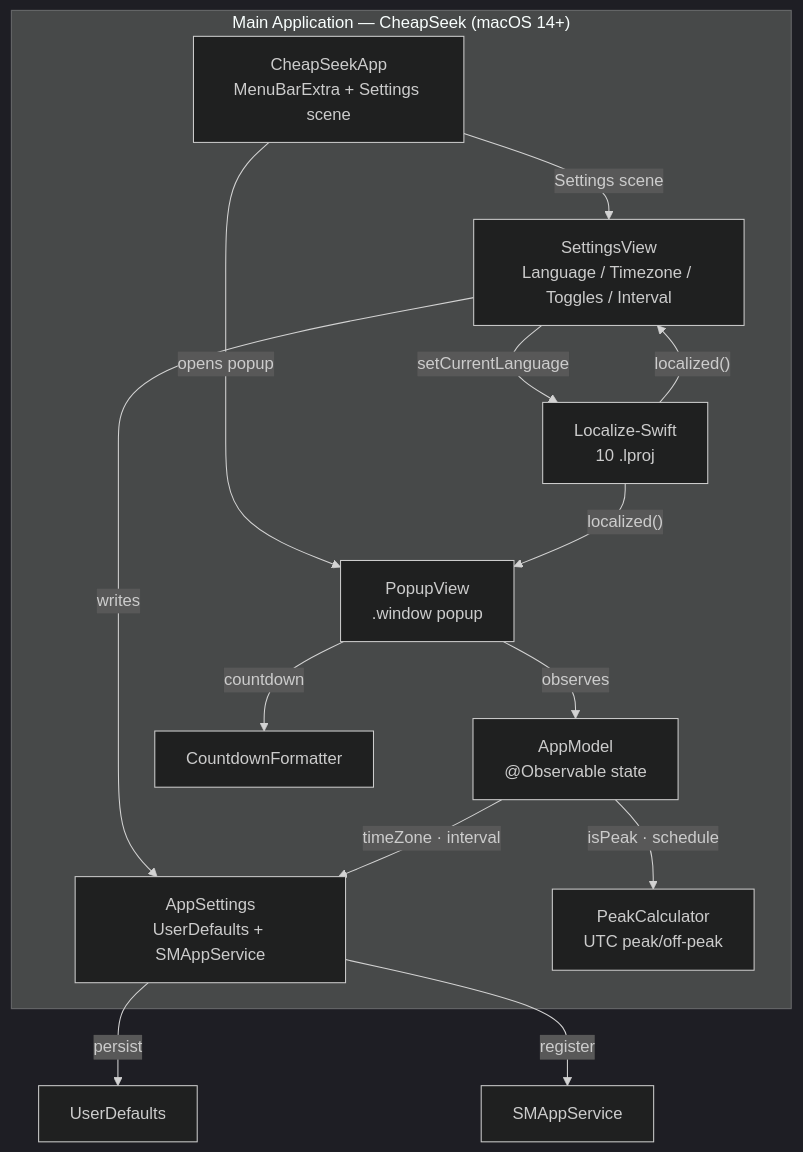
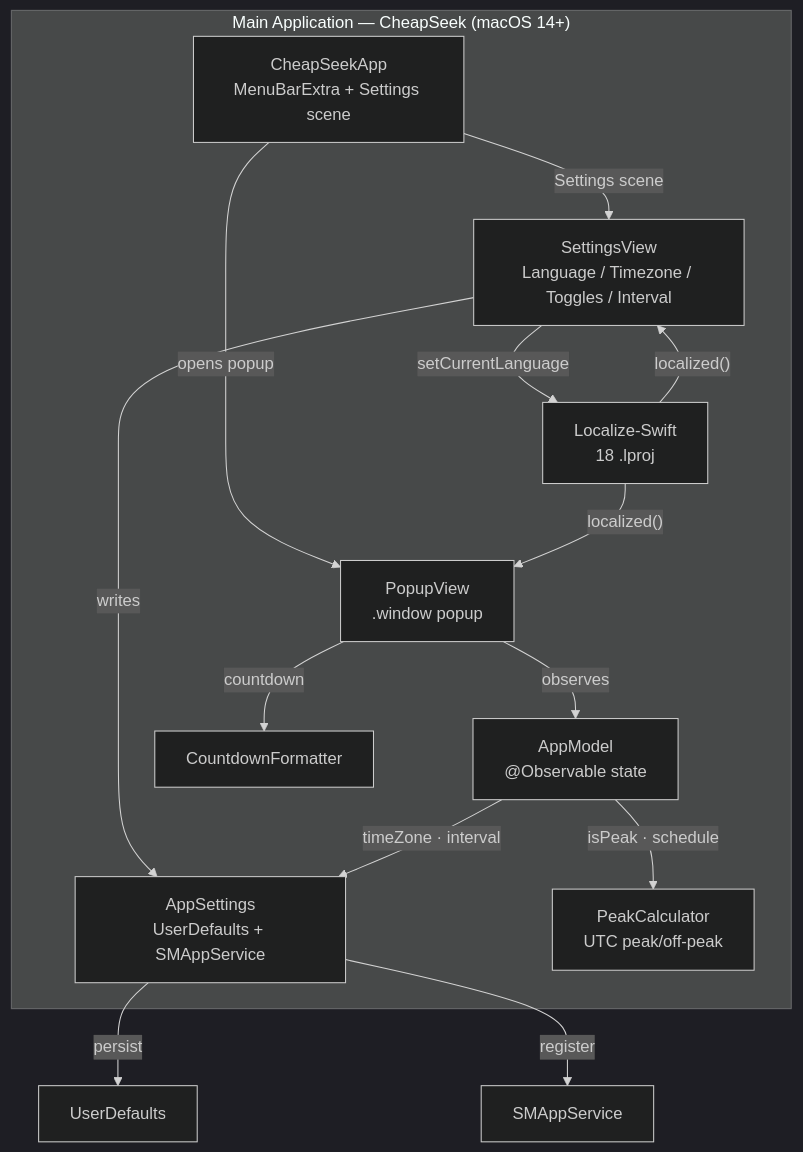
The diagram in README.md (mahirfatih/cheapseek), drawn with Mermaid (dark theme) before and after one commit. The commit also changed other lines of this file and 13 other files, not shown here.

````diff
--- a/README.md
+++ b/README.md
@@ -46,26 +46,26 @@
 ```mermaid
 graph TD
     subgraph App["Main Application — CheapSeek (macOS 14+)"]
         Entry["CheapSeekApp<br/>MenuBarExtra + Settings scene"]
         Popup["PopupView<br/>.window popup"]
         Settings["SettingsView<br/>Language / Timezone / Toggles / Interval"]
         Model["AppModel<br/>@Observable state"]
         Config["AppSettings<br/>UserDefaults + SMAppService"]
         Core["PeakCalculator<br/>UTC peak/off-peak"]
         Fmt["CountdownFormatter"]
-        L10n["Localize-Swift<br/>10 .lproj"]
+        L10n["Localize-Swift<br/>18 .lproj"]
     end
 
     Entry -->|"opens popup"| Popup
     Entry -->|"Settings scene"| Settings
     Popup -->|"observes"| Model
     Popup -->|"countdown"| Fmt
     Settings -->|"writes"| Config
     Settings -->|"setCurrentLanguage"| L10n
     Model -->|"isPeak · schedule"| Core
     Model -->|"timeZone · interval"| Config
     Config -->|"persist"| Store["UserDefaults"]
     Config -->|"register"| SM["SMAppService"]
     L10n -->|"localized()"| Popup
     L10n -->|"localized()"| Settings
 ```
````
